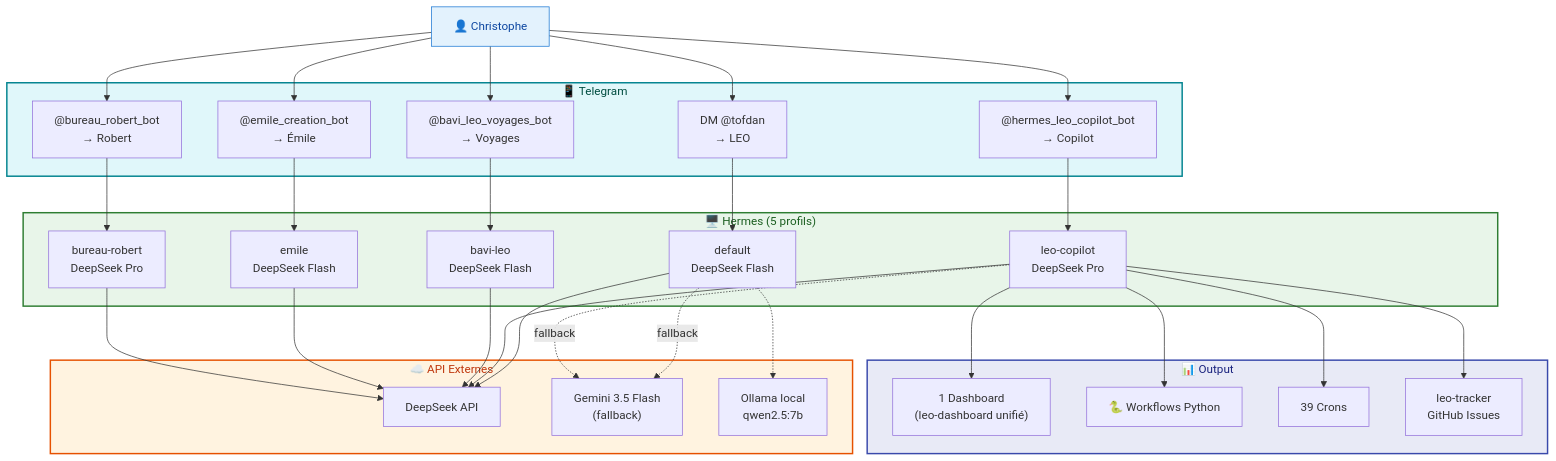
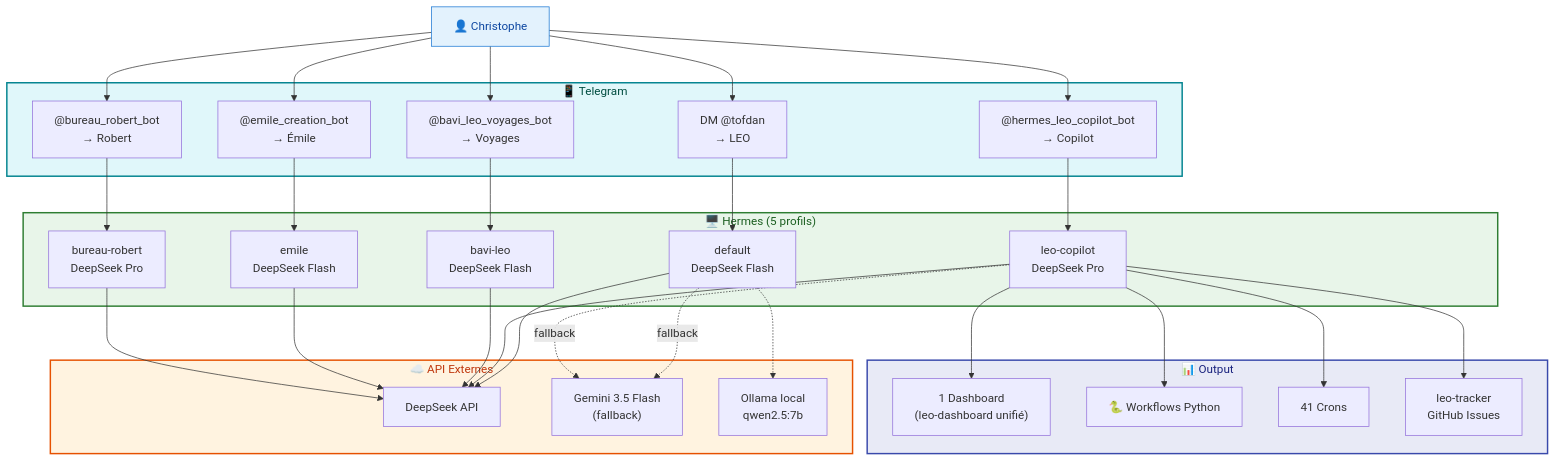
One commit to christophedanhier-hash/hermes-wiki changed the fifth of 5 diagrams in docs/hermes/architecture-communication.md. Above: the diagram before and after it, drawn with Mermaid. The commit also changed other lines of this file and 55 other files, not shown here.

````diff
--- a/docs/hermes/architecture-communication.md
+++ b/docs/hermes/architecture-communication.md
@@ -209,66 +209,66 @@
 ```mermaid
 flowchart TB
     User["👤 Christophe"]
 
     subgraph TELEGRAM["📱 Telegram"]
         DM["DM @tofdan<br/>→ LEO"]
         COP["@hermes_leo_copilot_bot<br/>→ Copilot"]
         VOY["@bavi_leo_voyages_bot<br/>→ Voyages"]
         EMI["@emile_creation_bot<br/>→ Émile"]
         ROB["@bureau_robert_bot<br/>→ Robert"]
     end
 
     subgraph HERMES["🖥️ Hermes (5 profils)"]
         DEF["default<br/>DeepSeek Flash"]
         LCP["leo-copilot<br/>DeepSeek Pro"]
         BAV["bavi-leo<br/>DeepSeek Flash"]
         EMILE["emile<br/>DeepSeek Flash"]
         BUR["bureau-robert<br/>DeepSeek Pro"]
     end
 
     subgraph API["☁️ API Externes"]
         DS["DeepSeek API"]
         GEM["Gemini 3.5 Flash<br/>(fallback)"]
         OLL["Ollama local<br/>qwen2.5:7b"]
     end
 
     subgraph OUTPUT["📊 Output"]
         DASH["1 Dashboard<br/>(leo-dashboard unifié)"]
         WFL["🐍 Workflows Python"]
-        CRON["39 Crons"]
+        CRON["41 Crons"]
         ISSUES["leo-tracker<br/>GitHub Issues"]
     end
 
     User --> DM
     User --> COP
     User --> VOY
     User --> EMI
     User --> ROB
 
     DM --> DEF
     COP --> LCP
     VOY --> BAV
     EMI --> EMILE
     ROB --> BUR
 
     DEF --> DS
     LCP --> DS
     BAV --> DS
     EMILE --> DS
     BUR --> DS
 
     DEF -.->|"fallback"| GEM
     DEF -.-> OLL
     LCP -.->|"fallback"| GEM
 
     LCP --> DASH
     LCP --> WFL
     LCP --> CRON
     LCP --> ISSUES
 
     style User fill:#e3f2fd,stroke:#1976d2,color:#0d47a1
     style TELEGRAM fill:#e0f7fa,stroke:#00838f,stroke-width:2px,color:#004d40
     style HERMES fill:#e8f5e9,stroke:#2e7d32,stroke-width:2px,color:#1b5e20
     style API fill:#fff3e0,stroke:#e65100,stroke-width:2px,color:#bf360c
     style OUTPUT fill:#e8eaf6,stroke:#3949ab,stroke-width:2px,color:#1a237e
 ```
````
